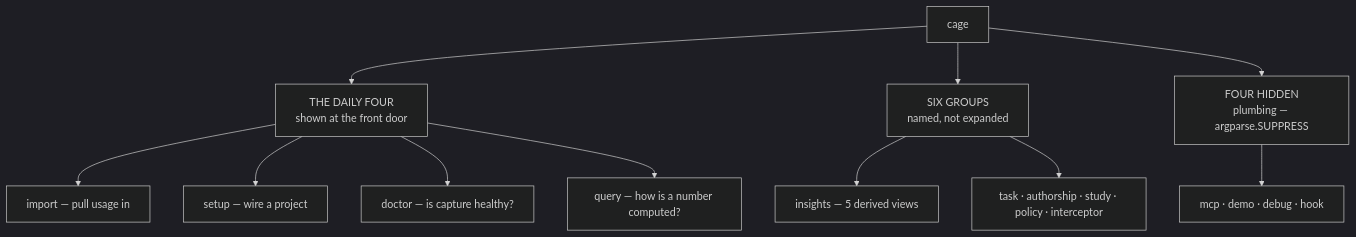
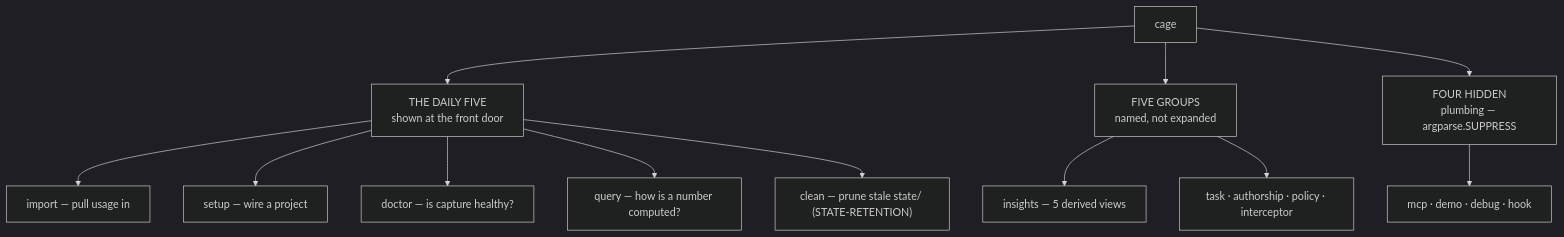
The diagram in docs/adr/0002_cli.md (arpitarya/cage), drawn with Mermaid (dark theme) before and after one commit. The commit also changed other lines of this file and 99 other files, not shown here.

First line of the commit message:
STUDY-CUT + ADR-CLEANUP: delete the fleet study whole, restore state/ pruning as `cage clean`

````diff
--- a/docs/adr/0002_cli.md
+++ b/docs/adr/0002_cli.md
@@ -28,14 +28,15 @@
 ```mermaid
 flowchart TD
     CLI["cage"]
-    CLI --> D["THE DAILY FOUR<br/>shown at the front door"]
-    CLI --> G["SIX GROUPS<br/>named, not expanded"]
+    CLI --> D["THE DAILY FIVE<br/>shown at the front door"]
+    CLI --> G["FIVE GROUPS<br/>named, not expanded"]
     CLI --> H["FOUR HIDDEN<br/>plumbing — argparse.SUPPRESS"]
     D --> D1["import — pull usage in"]
     D --> D2["setup — wire a project"]
     D --> D3["doctor — is capture healthy?"]
     D --> D4["query — how is a number computed?"]
+    D --> D5["clean — prune stale state/ (STATE-RETENTION)"]
     G --> G1["insights — 5 derived views"]
-    G --> G2["task · authorship · study · policy · interceptor"]
+    G --> G2["task · authorship · policy · interceptor"]
     H --> H1["mcp · demo · debug · hook"]
 ```
````
